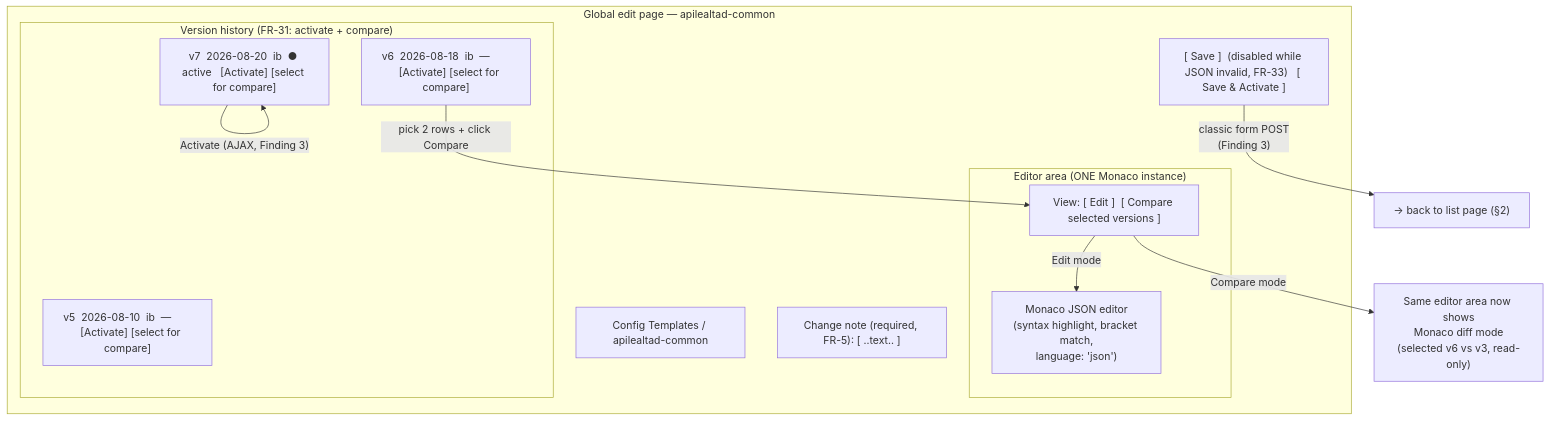
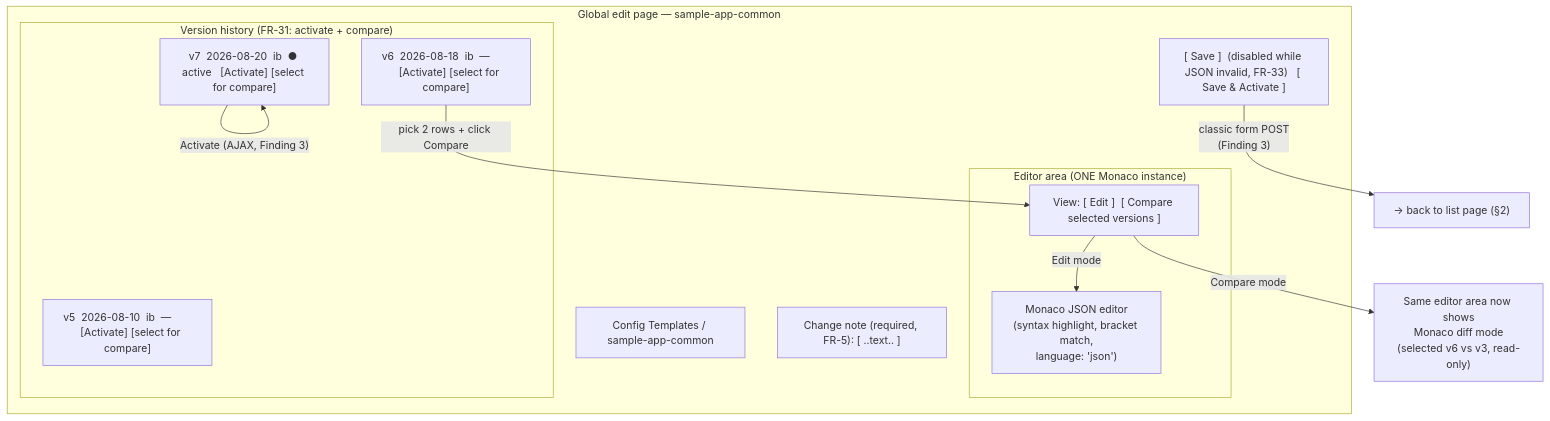
One commit to Retro-kharkov1/job-config-chain changed the third of 8 diagrams in docs/design/wireframe-global-env.md. Above: the diagram before and after it, drawn with Mermaid. The commit also changed other lines of this file and 14 other files, not shown here.

````diff
--- a/docs/design/wireframe-global-env.md
+++ b/docs/design/wireframe-global-env.md
@@ -76,22 +76,22 @@
 ```mermaid
 flowchart TD
-    subgraph EditPage["Global edit page — apilealtad-common"]
-        Breadcrumb["Config Templates / apilealtad-common"]
+    subgraph EditPage["Global edit page — sample-app-common"]
+        Breadcrumb["Config Templates / sample-app-common"]
         subgraph EditorArea["Editor area (ONE Monaco instance)"]
             ModeToggle["View: [ Edit ]  [ Compare selected versions ]"]
             Editor["Monaco JSON editor\n(syntax highlight, bracket match,\nlanguage: 'json')"]
         end
         NoteField["Change note (required, FR-5): [ ..text.. ]"]
         SaveBar["[ Save ]  (disabled while JSON invalid, FR-33)   [ Save & Activate ]"]
         subgraph History["Version history (FR-31: activate + compare)"]
             HRow1["v7  2026-08-20  ib  ● active   [Activate] [select for compare]"]
             HRow2["v6  2026-08-18  ib  —          [Activate] [select for compare]"]
             HRow3["v5  2026-08-10  ib  —          [Activate] [select for compare]"]
         end
     end
     HRow2 -->|"pick 2 rows + click Compare"| ModeToggle
     ModeToggle -->|"Compare mode"| DiffEditor["Same editor area now shows\nMonaco diff mode\n(selected v6 vs v3, read-only)"]
     ModeToggle -->|"Edit mode"| Editor
     SaveBar -->|"classic form POST\n(Finding 3)"| ListPage2["→ back to list page (§2)"]
     HRow1 -->|"Activate (AJAX, Finding 3)"| HRow1
 ```
````
